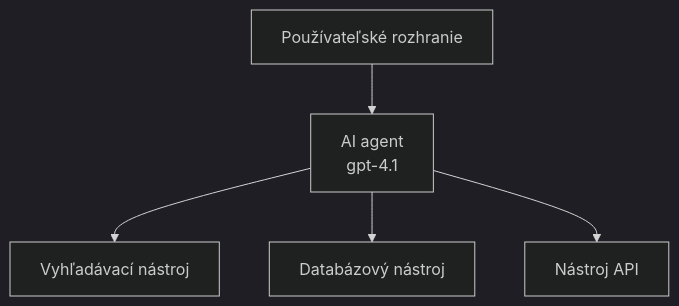
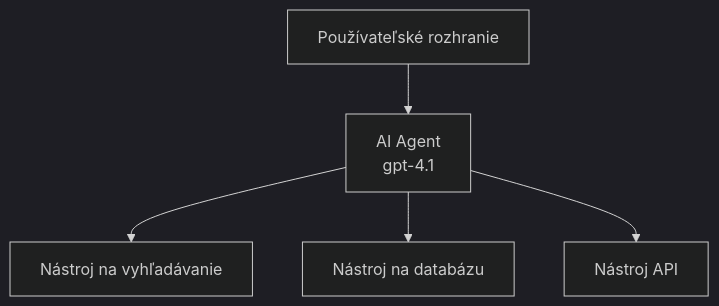
One commit to microsoft/AZD-for-beginners changed the first of 3 diagrams in translations/sk/docs/chapter-02-ai-development/agents.md. Above: the diagram before and after it, drawn with Mermaid (dark theme). The commit also changed other lines of this file and 101 other files, not shown here.

````diff
--- a/translations/sk/docs/chapter-02-ai-development/agents.md
+++ b/translations/sk/docs/chapter-02-ai-development/agents.md
@@ -152,7 +157,7 @@
 ```mermaid
 graph TD
-    UI[Používateľské rozhranie] --> Agent[AI agent<br/>gpt-4.1]
-    Agent --> Search[Vyhľadávací nástroj]
-    Agent --> Database[Databázový nástroj]
+    UI[Používateľské rozhranie] --> Agent[AI Agent<br/>gpt-4.1]
+    Agent --> Search[Nástroj na vyhľadávanie]
+    Agent --> Database[Nástroj na databázu]
     Agent --> API[Nástroj API]
 ```
````
